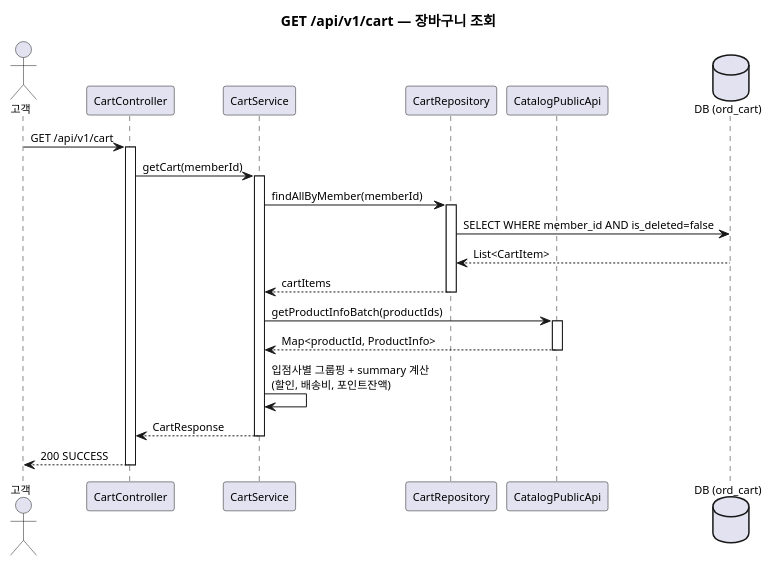
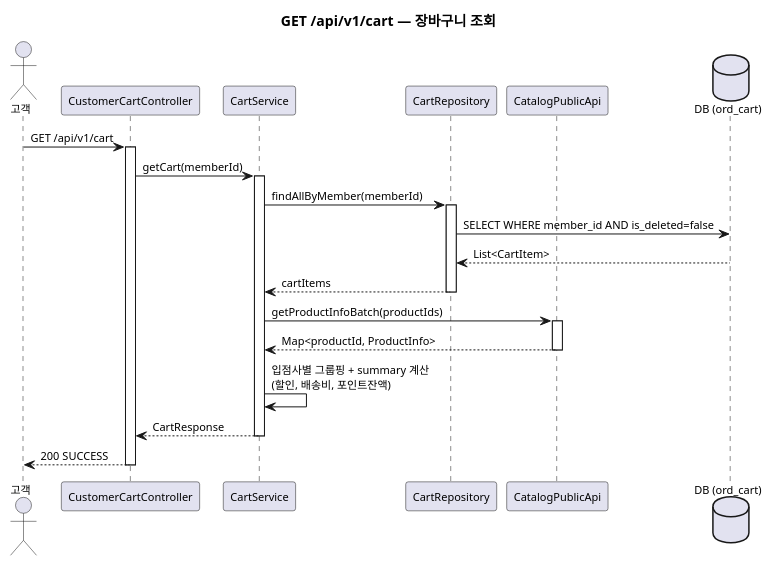
Before and after one commit to parknahyun/runNShop: the second of 26 diagrams in docs/자산화-단계별/S3-상세설계/DM-시퀀스(Order-Payment).md, drawn with PlantUML. The commit also changed other lines of this file and 2 other files, not shown here.

````diff
--- a/docs/자산화-단계별/S3-상세설계/DM-시퀀스(Order-Payment).md
+++ b/docs/자산화-단계별/S3-상세설계/DM-시퀀스(Order-Payment).md
@@ -82,40 +112,40 @@
 ```plantuml
 @startuml
 skinparam backgroundColor transparent
 skinparam defaultFontSize 11
 title GET /api/v1/cart — 장바구니 조회
 
 actor 고객 as Client
-participant "CartController" as CC
+participant "CustomerCartController" as CC
 participant "CartService" as CS
 participant "CartRepository" as CR
 participant "CatalogPublicApi" as CAT
 database "DB (ord_cart)" as DB
 
 Client -> CC : GET /api/v1/cart
 activate CC
 
 CC -> CS : getCart(memberId)
 activate CS
 
 CS -> CR : findAllByMember(memberId)
 activate CR
 CR -> DB : SELECT WHERE member_id AND is_deleted=false
 DB --> CR : List<CartItem>
 CR --> CS : cartItems
 deactivate CR
 
 CS -> CAT : getProductInfoBatch(productIds)
 activate CAT
 CAT --> CS : Map<productId, ProductInfo>
 deactivate CAT
 
 CS -> CS : 입점사별 그룹핑 + summary 계산\n(할인, 배송비, 포인트잔액)
 
 CS --> CC : CartResponse
 deactivate CS
 CC --> Client : 200 SUCCESS
 deactivate CC
 
 @enduml
 ```
````
